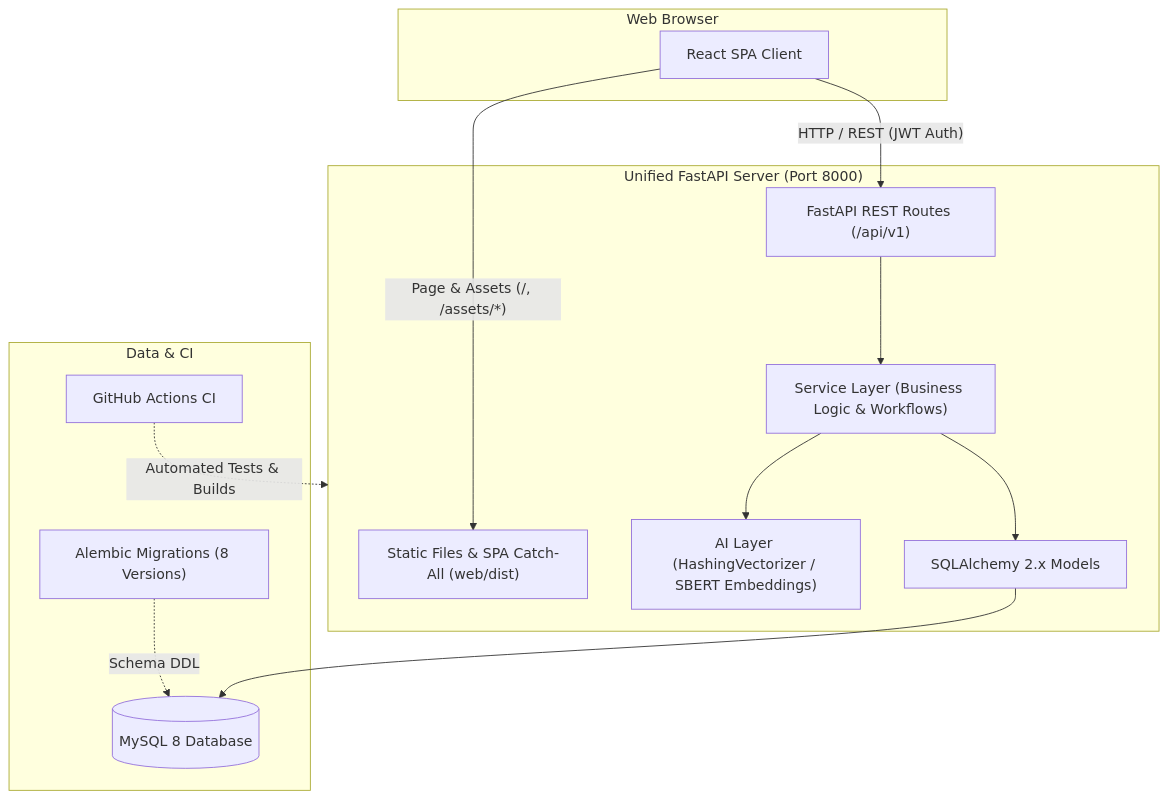
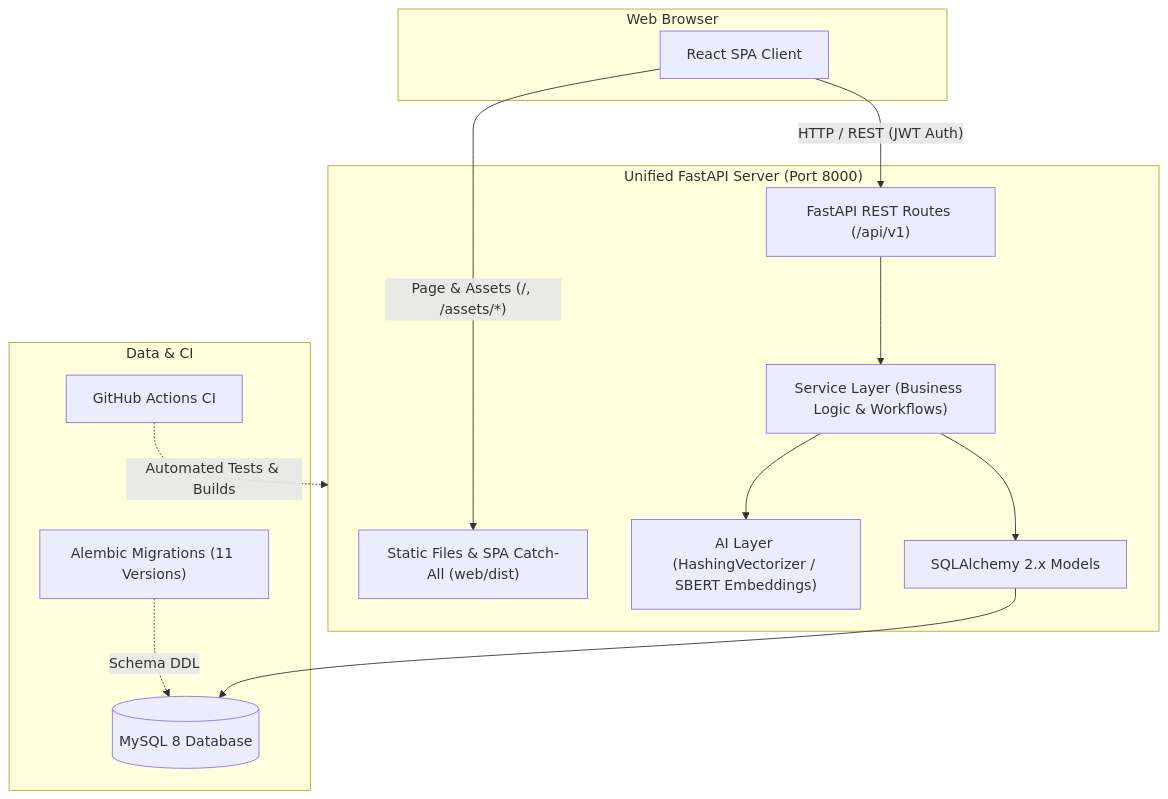
The first of 3 diagrams in README.md (praneeth-hari/ServiceDesk-AI), drawn with Mermaid before and after one commit. The commit also changed other lines of this file and 11 other files, not shown here.

````diff
--- a/README.md
+++ b/README.md
@@ -80,29 +80,29 @@
 ```mermaid
 flowchart TD
     subgraph Browser ["Web Browser"]
         UI["React SPA Client"]
     end
 
     subgraph Server ["Unified FastAPI Server (Port 8000)"]
         SPA["Static Files & SPA Catch-All (web/dist)"]
         Routes["FastAPI REST Routes (/api/v1)"]
         Services["Service Layer (Business Logic & Workflows)"]
         AI["AI Layer (HashingVectorizer / SBERT Embeddings)"]
         Models["SQLAlchemy 2.x Models"]
     end
 
     subgraph Data ["Data & CI"]
         DB[("MySQL 8 Database")]
-        Alembic["Alembic Migrations (8 Versions)"]
+        Alembic["Alembic Migrations (11 Versions)"]
         CI["GitHub Actions CI"]
     end
 
     UI -->|"Page & Assets (/, /assets/*)"| SPA
     UI -->|"HTTP / REST (JWT Auth)"| Routes
     Routes --> Services
     Services --> AI
     Services --> Models
     Models --> DB
     Alembic -.->|"Schema DDL"| DB
     CI -.->|"Automated Tests & Builds"| Server
 ```
````
